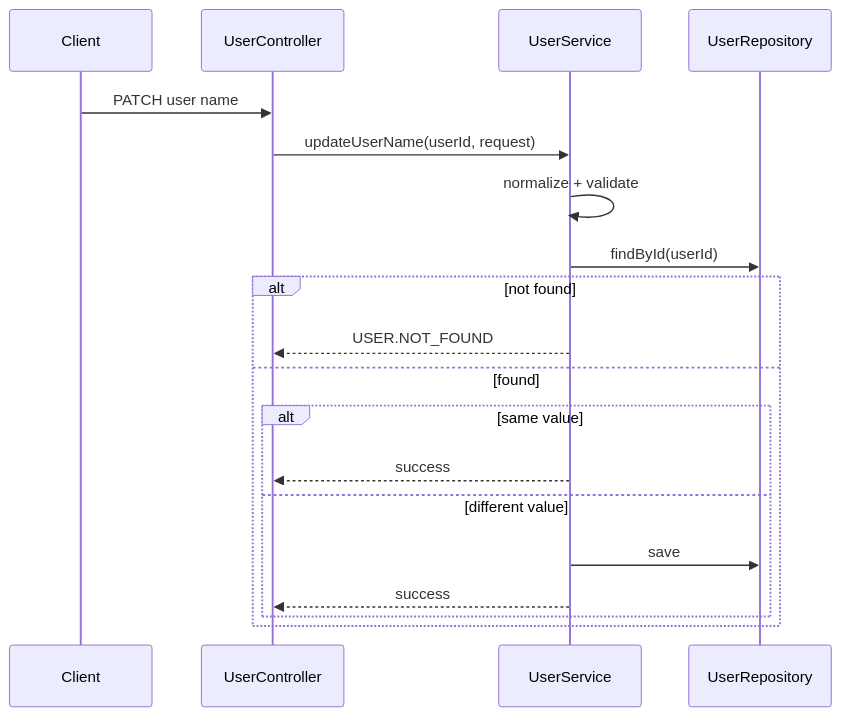
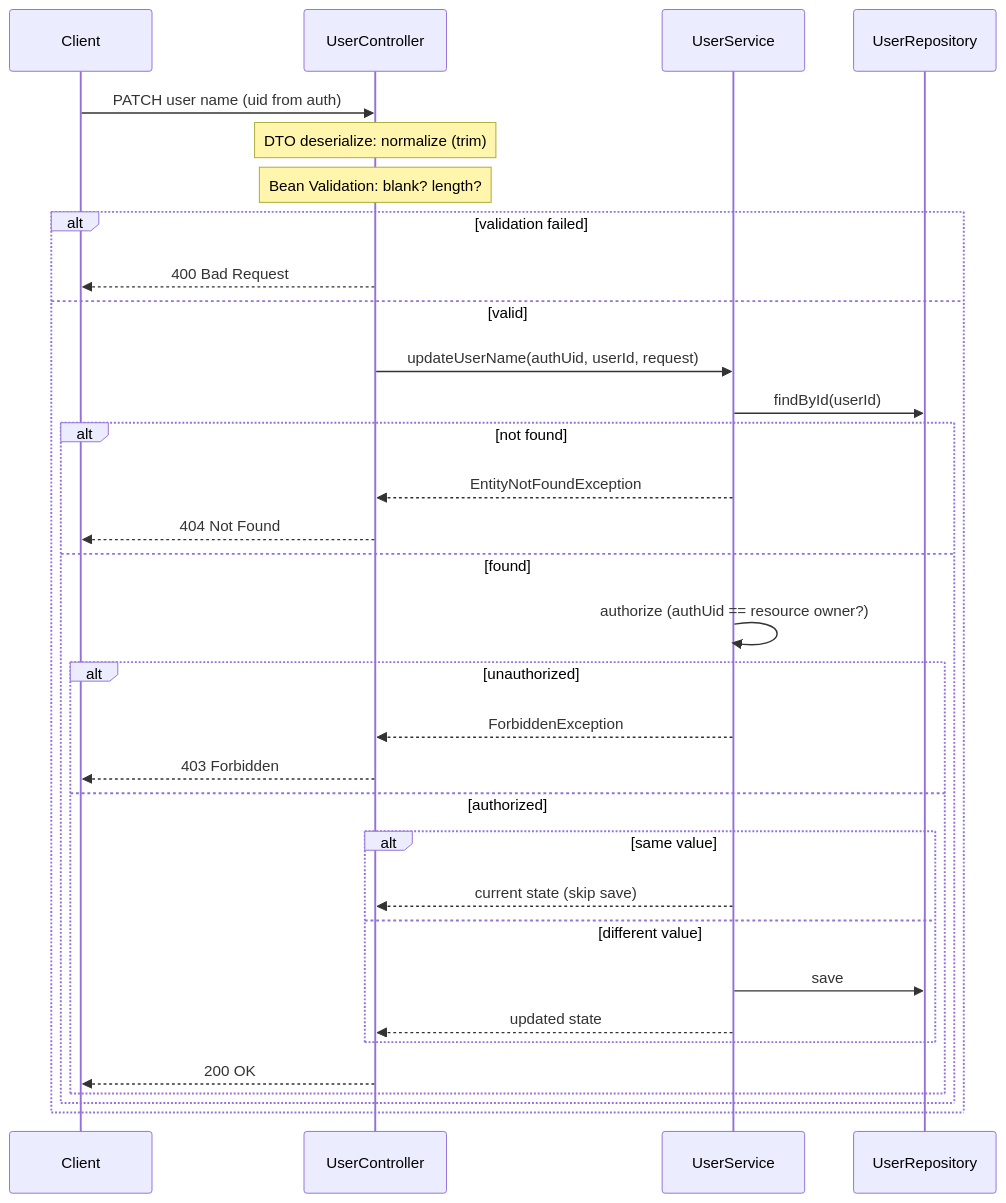
One commit to takafumi11/tateca-backend changed the diagram in docs/specs/update-user-name/design.md. Above: the diagram before and after it, drawn with Mermaid. The commit also changed other lines of this file and 18 other files, not shown here.

First line of the commit message:
refactor: align update-user-name with SDD process

````diff
--- a/docs/specs/update-user-name/design.md
+++ b/docs/specs/update-user-name/design.md
@@ -50,22 +50,35 @@
 ```mermaid
 sequenceDiagram
     participant C as Client
     participant API as UserController
     participant S as UserService
     participant R as UserRepository
 
-    C->>API: PATCH user name
-    API->>S: updateUserName(userId, request)
-    S->>S: normalize + validate
-    S->>R: findById(userId)
-    alt not found
-        S-->>API: USER.NOT_FOUND
-    else found
-        alt same value
-            S-->>API: success
-        else different value
-            S->>R: save
-            S-->>API: success
+    C->>API: PATCH user name (uid from auth)
+    Note over API: DTO deserialize: normalize (trim)
+    Note over API: Bean Validation: blank? length?
+    alt validation failed
+        API-->>C: 400 Bad Request
+    else valid
+        API->>S: updateUserName(authUid, userId, request)
+        S->>R: findById(userId)
+        alt not found
+            S-->>API: EntityNotFoundException
+            API-->>C: 404 Not Found
+        else found
+            S->>S: authorize (authUid == resource owner?)
+            alt unauthorized
+                S-->>API: ForbiddenException
+                API-->>C: 403 Forbidden
+            else authorized
+                alt same value
+                    S-->>API: current state (skip save)
+                else different value
+                    S->>R: save
+                    S-->>API: updated state
+                end
+                API-->>C: 200 OK
+            end
         end
     end
 ```
````
